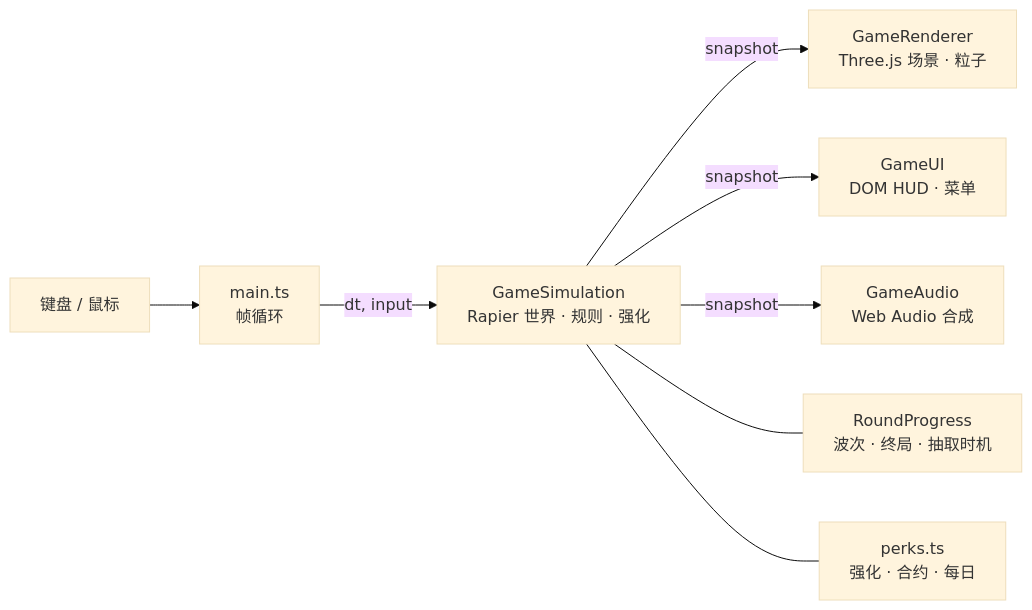
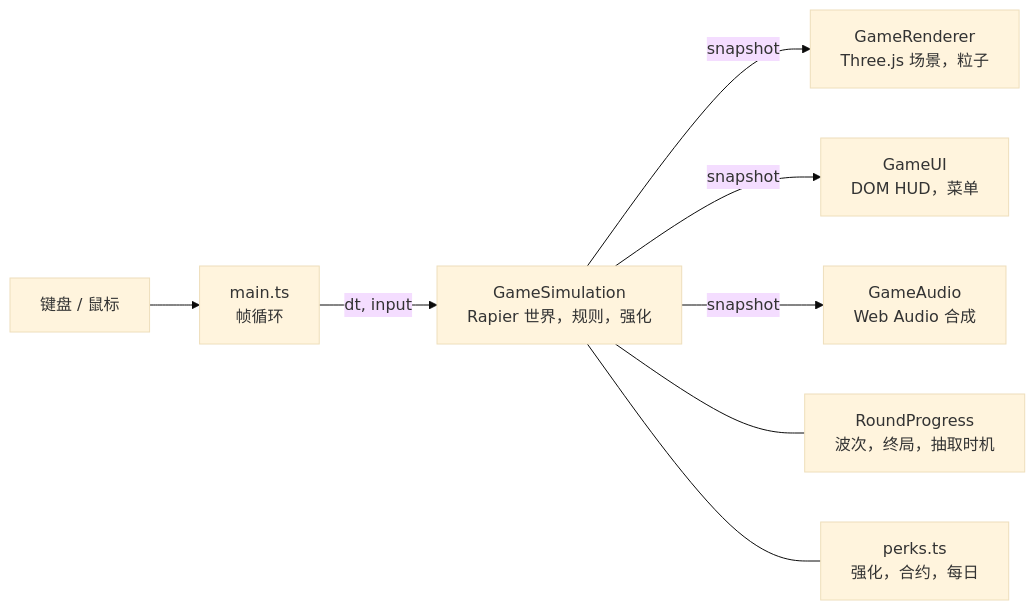
Before and after one commit to Olivia295/crash-city-breakers: the diagram in README.zh-CN.md, drawn with Mermaid (base theme). The commit also changed other lines of this file and 30 other files, not shown here.

````diff
--- a/README.zh-CN.md
+++ b/README.zh-CN.md
@@ -87,10 +87,10 @@
 ```mermaid
 flowchart LR
     Input[键盘 / 鼠标] --> Main[main.ts<br>帧循环]
-    Main -->|dt, input| Sim[GameSimulation<br>Rapier 世界 · 规则 · 强化]
-    Sim -->|snapshot| Renderer[GameRenderer<br>Three.js 场景 · 粒子]
-    Sim -->|snapshot| UI[GameUI<br>DOM HUD · 菜单]
+    Main -->|dt, input| Sim[GameSimulation<br>Rapier 世界，规则，强化]
+    Sim -->|snapshot| Renderer[GameRenderer<br>Three.js 场景，粒子]
+    Sim -->|snapshot| UI[GameUI<br>DOM HUD，菜单]
     Sim -->|snapshot| Audio[GameAudio<br>Web Audio 合成]
-    Sim --- Round[RoundProgress<br>波次 · 终局 · 抽取时机]
-    Sim --- Perks[perks.ts<br>强化 · 合约 · 每日]
+    Sim --- Round[RoundProgress<br>波次，终局，抽取时机]
+    Sim --- Perks[perks.ts<br>强化，合约，每日]
 ```
````
